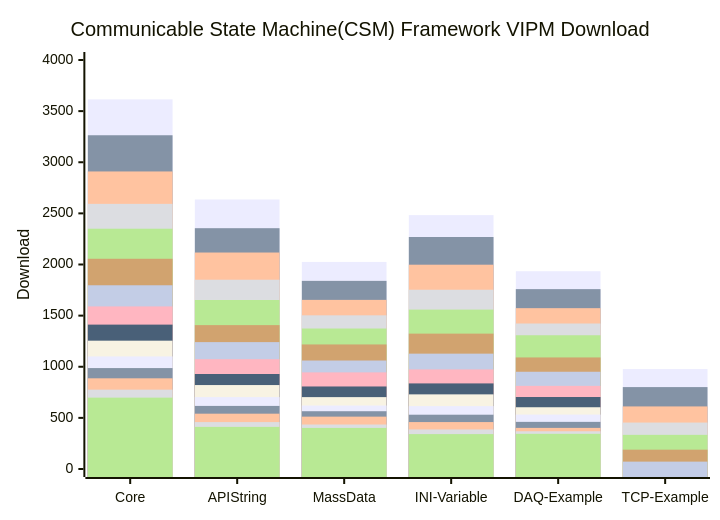
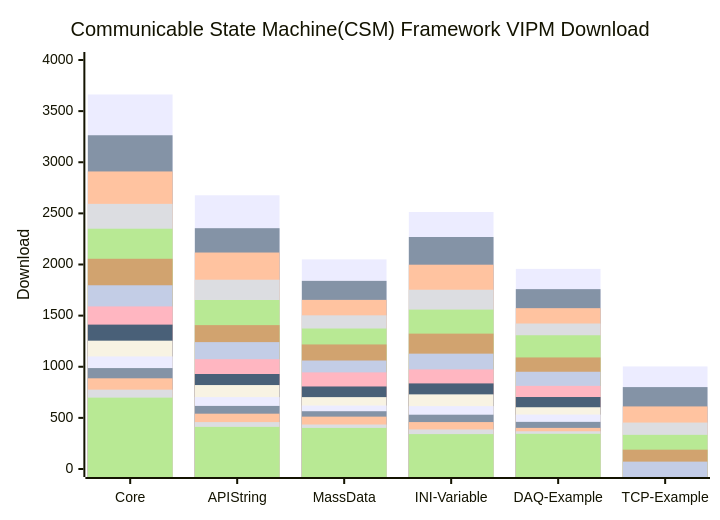
The diagram in profile/README.md (NEVSTOP-LAB/.github), drawn with Mermaid before and after one commit.

````diff
--- a/profile/README.md
+++ b/profile/README.md
@@ -31,21 +31,21 @@
 ```mermaid
     xychart-beta
     title "Communicable State Machine(CSM) Framework VIPM Download"
     x-axis [Core, API String, MassData, INI-Variable, DAQ-Example, TCP-Example]
     y-axis "Download" 0 --> 4000
-    bar   [3615, 2636, 2025, 2483, 1934, 977]
+    bar   [3663, 2677, 2050, 2513, 1957, 1003]
     bar   [3264, 2355, 1840, 2269, 1759, 801]
     bar   [2910, 2117, 1654, 1998, 1573, 612]
     bar   [2593, 1851, 1503, 1753, 1423, 454]
     bar   [2350, 1653, 1374, 1559, 1308, 334]
     bar   [2056, 1407, 1218, 1324, 1091, 189]
     bar   [1797, 1241, 1061, 1128, 951, 72]
     bar   [1590, 1074, 945, 974, 813]
     bar   [1412, 929, 807, 837, 704]
     bar   [1255, 821, 703, 730, 604]
     bar   [1101, 703, 621, 615, 532]
     bar   [987, 617, 565, 531, 461]
     bar   [887, 541, 512, 459, 402]
     bar   [776, 459, 435, 387, 369]
     bar   [698, 412, 402, 341, 344]
 ```
````
